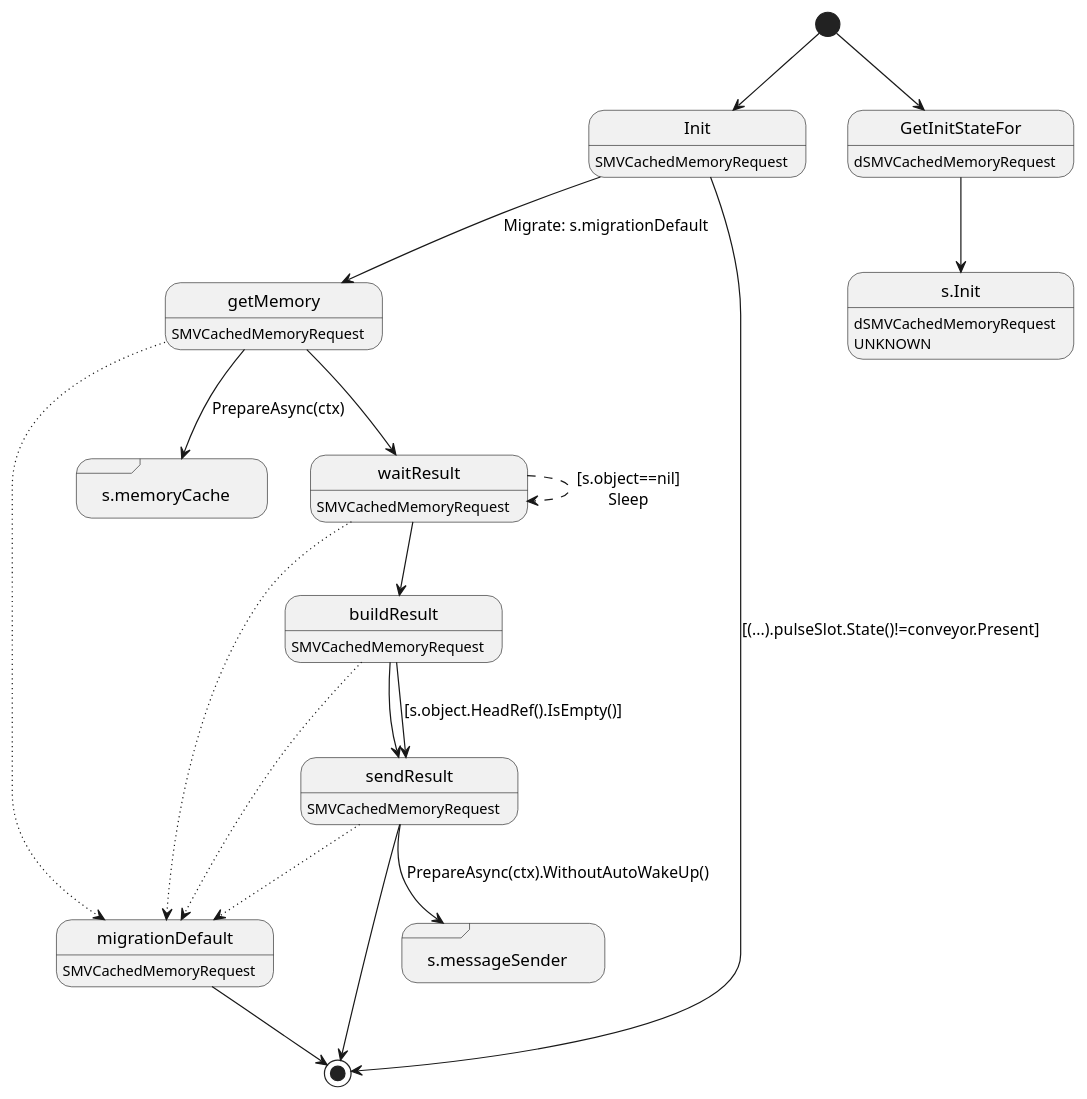
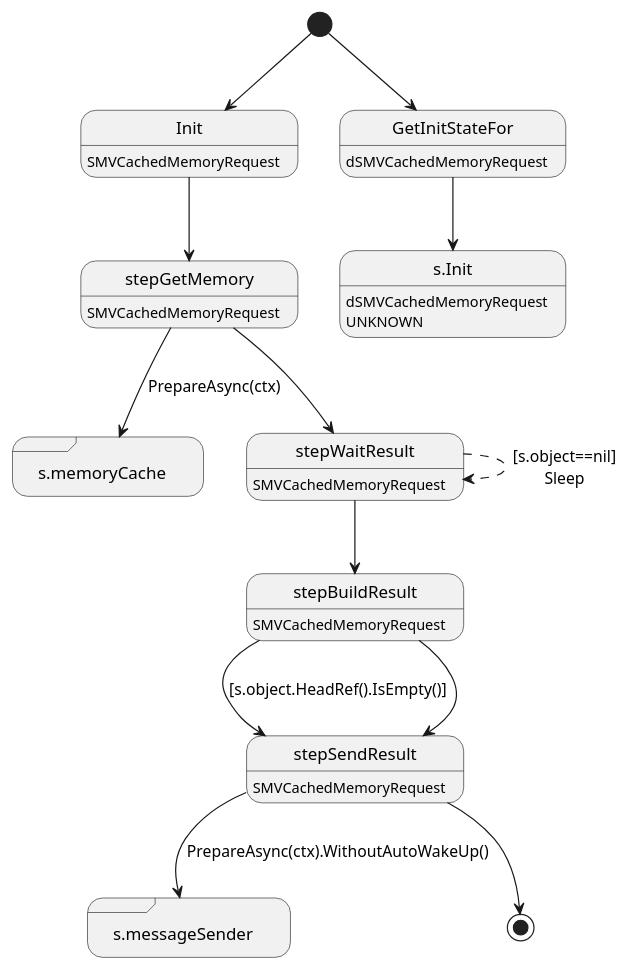
The diagram in ledger-core/virtual/handlers/vcachedmemoryrequest.plantuml (insolar/assured-ledger), drawn with PlantUML before and after one commit.

Commit message:
PLAT-751: fix uml

```diff
--- a/ledger-core/virtual/handlers/vcachedmemoryrequest.plantuml
+++ b/ledger-core/virtual/handlers/vcachedmemoryrequest.plantuml
@@ -1,39 +1,31 @@
 @startuml
-state "Init" as T01_S002
+state "Init" as T01_S001
+T01_S001 : SMVCachedMemoryRequest
+[*] --> T01_S001
+T01_S001 --> T01_S002
+state "s.memoryCache" as T01_S003 <<sdlreceive>>
+state "s.messageSender" as T01_S007 <<sdlreceive>>
+state "stepBuildResult" as T01_S005
+T01_S005 : SMVCachedMemoryRequest
+T01_S005 --> T01_S006 : [s.object.HeadRef().IsEmpty()]
+T01_S005 --> T01_S006
+state "stepGetMemory" as T01_S002
 T01_S002 : SMVCachedMemoryRequest
-[*] --> T01_S002
-T01_S002 --> [*] : [(...).pulseSlot.State()!=conveyor.Present]
-T01_S002 --> T01_S003 : Migrate: s.migrationDefault
-state "buildResult" as T01_S006
+T01_S002 --> T01_S003 : PrepareAsync(ctx)
+T01_S002 --> T01_S004
+state "stepSendResult" as T01_S006
 T01_S006 : SMVCachedMemoryRequest
-T01_S006 --[dotted]> T01_S001
-T01_S006 --> T01_S007 : [s.object.HeadRef().IsEmpty()]
-T01_S006 --> T01_S007
-state "getMemory" as T01_S003
-T01_S003 : SMVCachedMemoryRequest
-T01_S003 --[dotted]> T01_S001
-T01_S003 --> T01_S004 : PrepareAsync(ctx)
-T01_S003 --> T01_S005
-state "migrationDefault" as T01_S001
-T01_S001 : SMVCachedMemoryRequest
-T01_S001 --> [*]
-state "s.memoryCache" as T01_S004 <<sdlreceive>>
-state "s.messageSender" as T01_S008 <<sdlreceive>>
-state "sendResult" as T01_S007
-T01_S007 : SMVCachedMemoryRequest
-T01_S007 --[dotted]> T01_S001
-T01_S007 --> T01_S008 : PrepareAsync(ctx).WithoutAutoWakeUp()
-T01_S007 --> [*]
-state "waitResult" as T01_S005
-T01_S005 : SMVCachedMemoryRequest
-T01_S005 --[dotted]> T01_S001
-T01_S005 --[dashed]> T01_S005 : [s.object==nil]\nSleep
-T01_S005 --> T01_S006
+T01_S006 --> T01_S007 : PrepareAsync(ctx).WithoutAutoWakeUp()
+T01_S006 --> [*]
+state "stepWaitResult" as T01_S004
+T01_S004 : SMVCachedMemoryRequest
+T01_S004 --[dashed]> T01_S004 : [s.object==nil]\nSleep
+T01_S004 --> T01_S005
 state "GetInitStateFor" as T00_S001
 T00_S001 : dSMVCachedMemoryRequest
 [*] --> T00_S001
 state "s.Init" as T00_U001
 T00_U001 : dSMVCachedMemoryRequest
 T00_U001 : UNKNOWN 
 T00_S001 --> T00_U001
 @enduml
```
